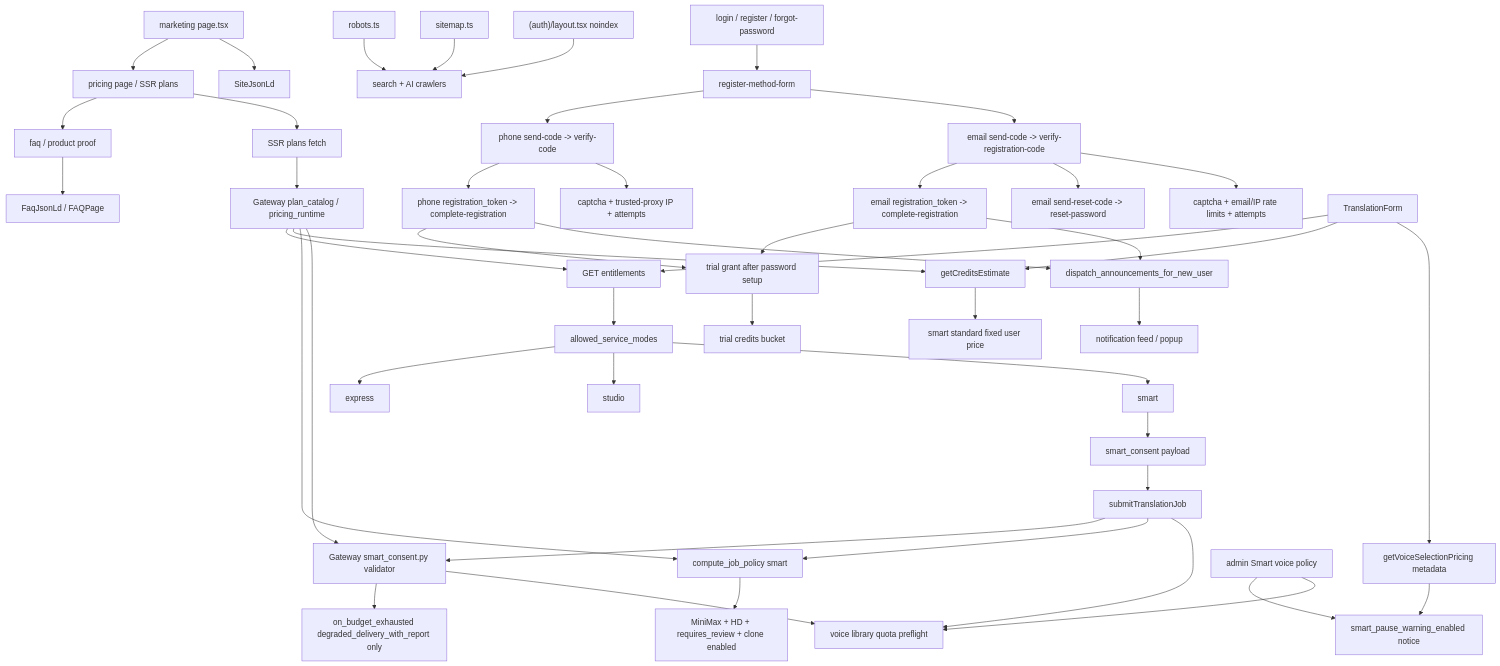
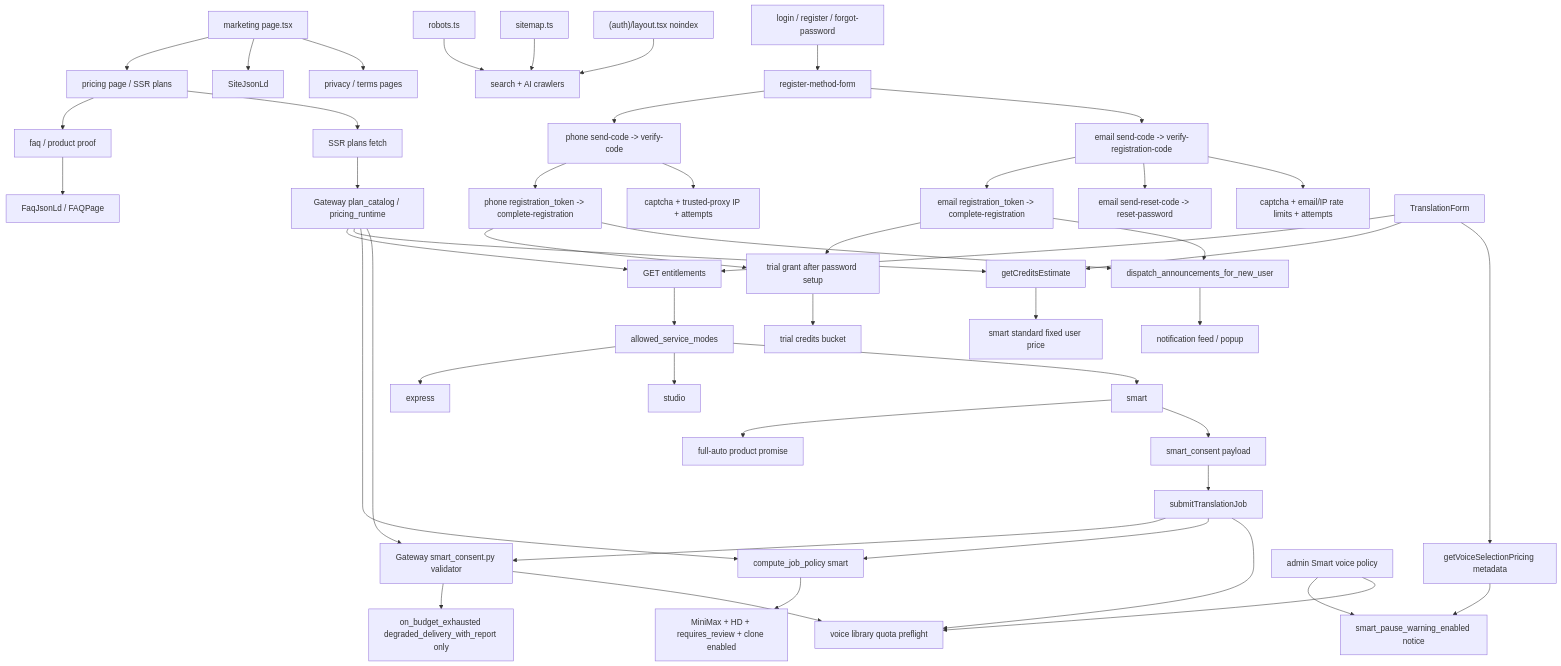
The diagram in docs/graphs/GITNEXUS_COMMERCIALIZATION_GRAPH.md (sun9bear/AITransVideo), drawn with Mermaid before and after one commit. The commit also changed other lines of this file and 14 other files, not shown here.

Commit message:
docs(graphs): refresh GitNexus project maps

````diff
--- a/docs/graphs/GITNEXUS_COMMERCIALIZATION_GRAPH.md
+++ b/docs/graphs/GITNEXUS_COMMERCIALIZATION_GRAPH.md
@@ -22,58 +24,60 @@
 ```mermaid
 graph TD
     Home["marketing page.tsx"] --> Pricing["pricing page / SSR plans"]
     Pricing --> FAQ["faq / product proof"]
     FAQ --> FaqLd["FaqJsonLd / FAQPage"]
     Home --> SiteLd["SiteJsonLd"]
+    Home --> Legal["privacy / terms pages"]
 
     Robots["robots.ts"] --> Crawlers["search + AI crawlers"]
     Sitemap["sitemap.ts"] --> Crawlers
     AuthNoindex["(auth)/layout.tsx noindex"] --> Crawlers
 
     Pricing --> PlansSSR["SSR plans fetch"]
     PlansSSR --> GatewayPlans["Gateway plan_catalog / pricing_runtime"]
 
     AuthPages["login / register / forgot-password"] --> Method["register-method-form"]
     Method --> PhoneFlow["phone send-code -> verify-code"]
     Method --> EmailFlow["email send-code -> verify-registration-code"]
 
     PhoneFlow --> PhoneComplete["phone registration_token -> complete-registration"]
     EmailFlow --> EmailComplete["email registration_token -> complete-registration"]
     EmailFlow --> EmailReset["email send-reset-code -> reset-password"]
 
     PhoneComplete --> TrialGrant["trial grant after password setup"]
     EmailComplete --> TrialGrant
     TrialGrant --> Credits["trial credits bucket"]
 
     PhoneFlow --> Risk["captcha + trusted-proxy IP + attempts"]
     EmailFlow --> EmailRisk["captcha + email/IP rate limits + attempts"]
 
     Workspace["TranslationForm"] --> Entitlements["GET entitlements"]
     Entitlements --> AllowedModes["allowed_service_modes"]
     AllowedModes --> Express["express"]
     AllowedModes --> Studio["studio"]
     AllowedModes --> Smart["smart"]
     Workspace --> Estimate["getCreditsEstimate"]
     Estimate --> SmartPrice["smart standard fixed user price"]
     Workspace --> SmartPricingMeta["getVoiceSelectionPricing metadata"]
     SmartPricingMeta --> WeakMatchWarning["smart_pause_warning_enabled notice"]
+    Smart --> FullAuto["full-auto product promise"]
     Smart --> Consent["smart_consent payload"]
     Consent --> Submit["submitTranslationJob"]
     Submit --> ConsentValidator["Gateway smart_consent.py validator"]
     Submit --> Policy["compute_job_policy smart"]
     Submit --> VoiceQuotaPreflight["voice library quota preflight"]
     ConsentValidator --> BudgetPolicy["on_budget_exhausted degraded_delivery_with_report only"]
     Policy --> SmartLocked["MiniMax + HD + requires_review + clone enabled"]
     AdminVoicePolicy["admin Smart voice policy"] --> WeakMatchWarning
     AdminVoicePolicy --> VoiceQuotaPreflight
     ConsentValidator --> VoiceQuotaPreflight
 
     GatewayPlans --> Entitlements
     GatewayPlans --> Estimate
     GatewayPlans --> Policy
     GatewayPlans --> ConsentValidator
 
     PhoneComplete --> NewUserAnn["dispatch_announcements_for_new_user"]
     EmailComplete --> NewUserAnn
     NewUserAnn --> UserNotif["notification feed / popup"]
 ```
````
